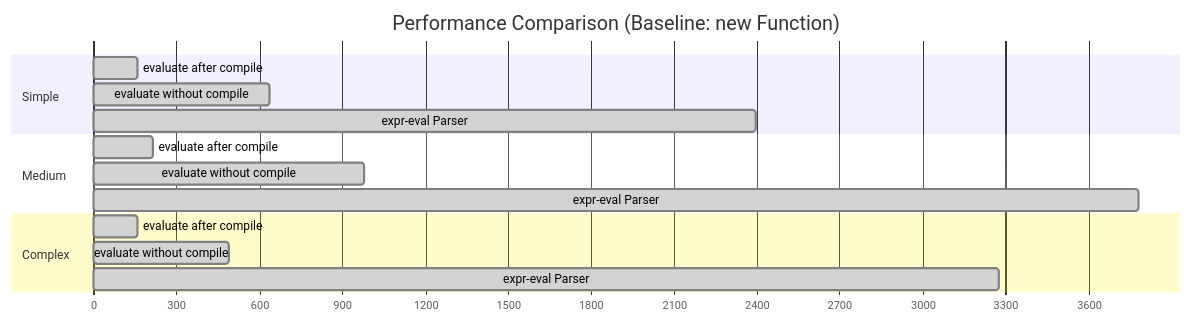
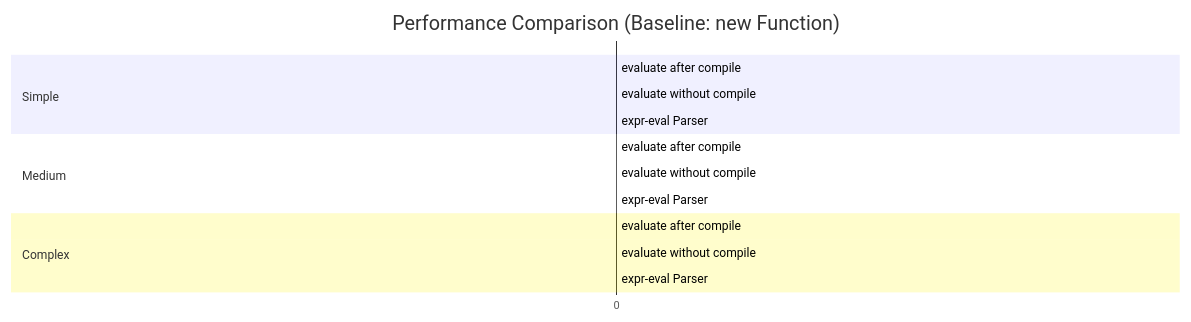
One commit to antvis/expr changed the diagram in README.md. Above: the diagram before and after it, drawn with Mermaid.

Commit message:
fix: mermaid bar graph

````diff
--- a/README.md
+++ b/README.md
@@ -187,21 +187,21 @@
 ```mermaid
 gantt
     title Performance Comparison (Baseline: new Function)
     dateFormat  X
     axisFormat %s
 
     section Simple
-    evaluate after compile    :done, 0, 159
-    evaluate without compile  :done, 0, 636
-    expr-eval Parser          :done, 0, 2394
+    evaluate after compile    :done, 0, 1.59
+    evaluate without compile  :done, 0, 6.36
+    expr-eval Parser          :done, 0, 23.94
 
     section Medium
-    evaluate after compile    :done, 0, 216
-    evaluate without compile  :done, 0, 981
-    expr-eval Parser          :done, 0, 3781
+    evaluate after compile    :done, 0, 2.16
+    evaluate without compile  :done, 0, 9.81
+    expr-eval Parser          :done, 0, 37.81
 
     section Complex
-    evaluate after compile    :done, 0, 159
-    evaluate without compile  :done, 0, 489
-    expr-eval Parser          :done, 0, 3274
+    evaluate after compile    :done, 0, 1.59
+    evaluate without compile  :done, 0, 4.89
+    expr-eval Parser          :done, 0, 32.74
 ```
````
